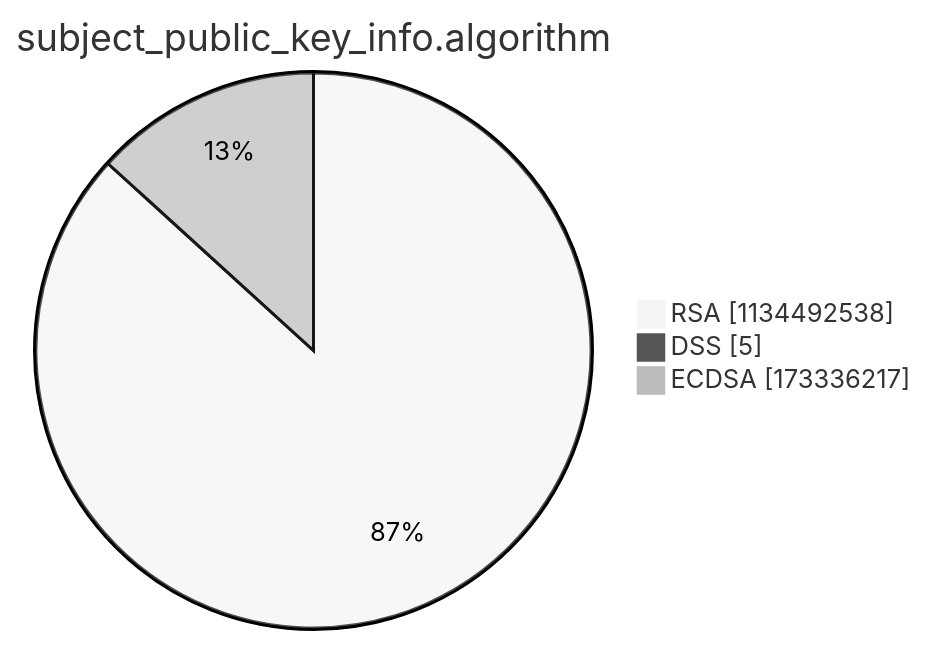
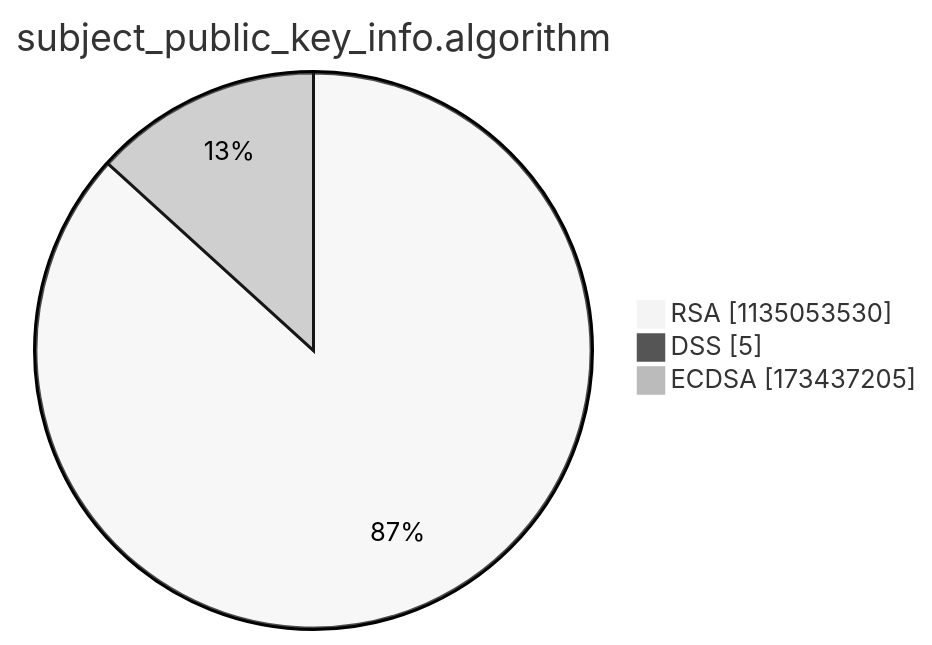
The third of 15 diagrams in argon2022/README.md (christiankrug/ctmonitor_visualization), drawn with Mermaid (neutral theme) before and after one commit. The commit also changed other lines of this file, not shown here.

````diff
--- a/argon2022/README.md
+++ b/argon2022/README.md
@@ -14,7 +14,7 @@
 ```mermaid
 pie showData
 title subject_public_key_info.algorithm
-"RSA" :1134492538
+"RSA" :1135053530
 "DSS" :5
-"ECDSA" :173336217
+"ECDSA" :173437205
 ```
````
